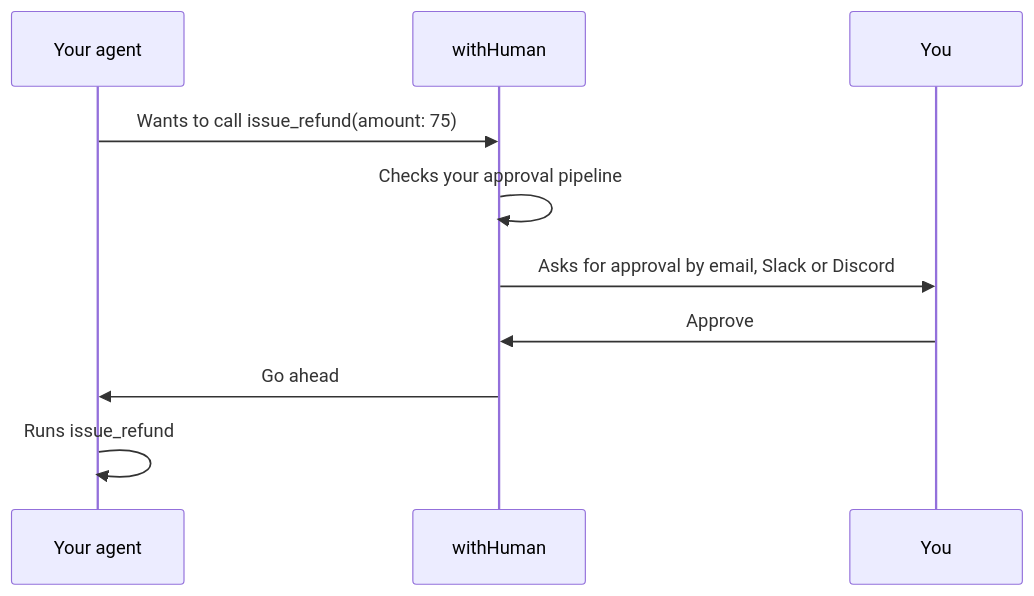
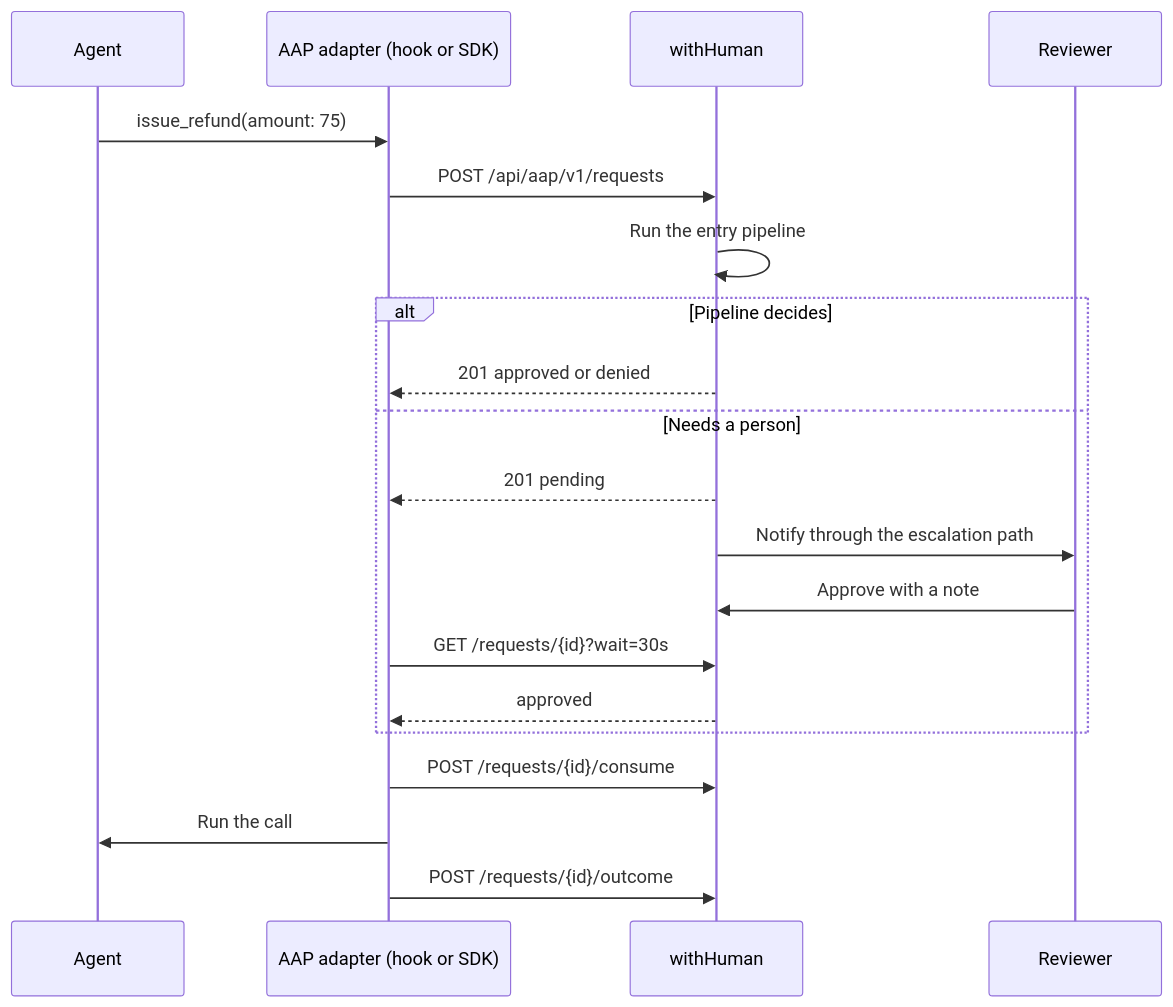
One commit to Yaakovyitzchak1231/withHuman changed the diagram in README.md. Above: the diagram before and after it, drawn with Mermaid. The commit also changed other lines of this file, not shown here.

````diff
--- a/README.md
+++ b/README.md
@@ -72,12 +65,22 @@
 ```mermaid
 sequenceDiagram
-    participant Agent as Your agent
+    participant Agent as Agent
+    participant Adapter as AAP adapter (hook or SDK)
     participant WH as withHuman
-    participant You as You
-    Agent->>WH: Wants to call issue_refund(amount: 75)
-    WH->>WH: Checks your approval pipeline
-    WH->>You: Asks for approval by email, Slack or Discord
-    You->>WH: Approve
-    WH->>Agent: Go ahead
-    Agent->>Agent: Runs issue_refund
+    participant Reviewer as Reviewer
+    Agent->>Adapter: issue_refund(amount: 75)
+    Adapter->>WH: POST /api/aap/v1/requests
+    WH->>WH: Run the entry pipeline
+    alt Pipeline decides
+        WH-->>Adapter: 201 approved or denied
+    else Needs a person
+        WH-->>Adapter: 201 pending
+        WH->>Reviewer: Notify through the escalation path
+        Reviewer->>WH: Approve with a note
+        Adapter->>WH: GET /requests/{id}?wait=30s
+        WH-->>Adapter: approved
+    end
+    Adapter->>WH: POST /requests/{id}/consume
+    Adapter->>Agent: Run the call
+    Adapter->>WH: POST /requests/{id}/outcome
 ```
````
